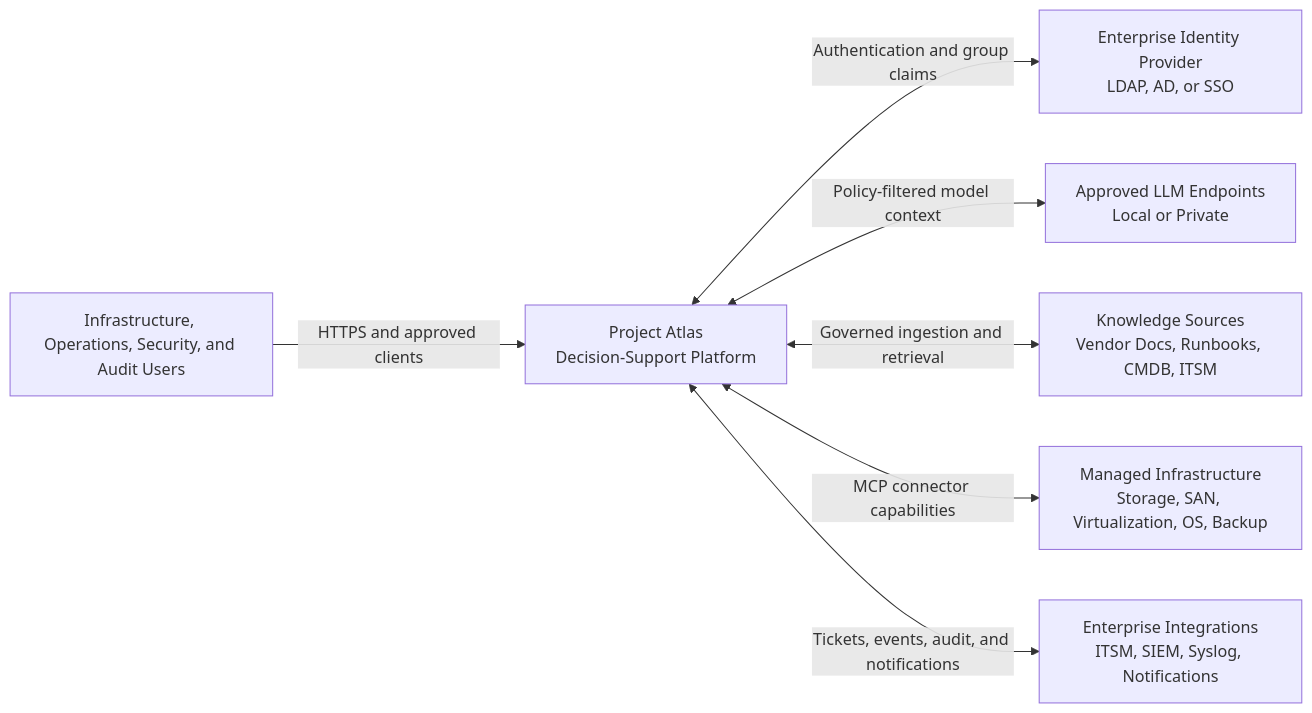
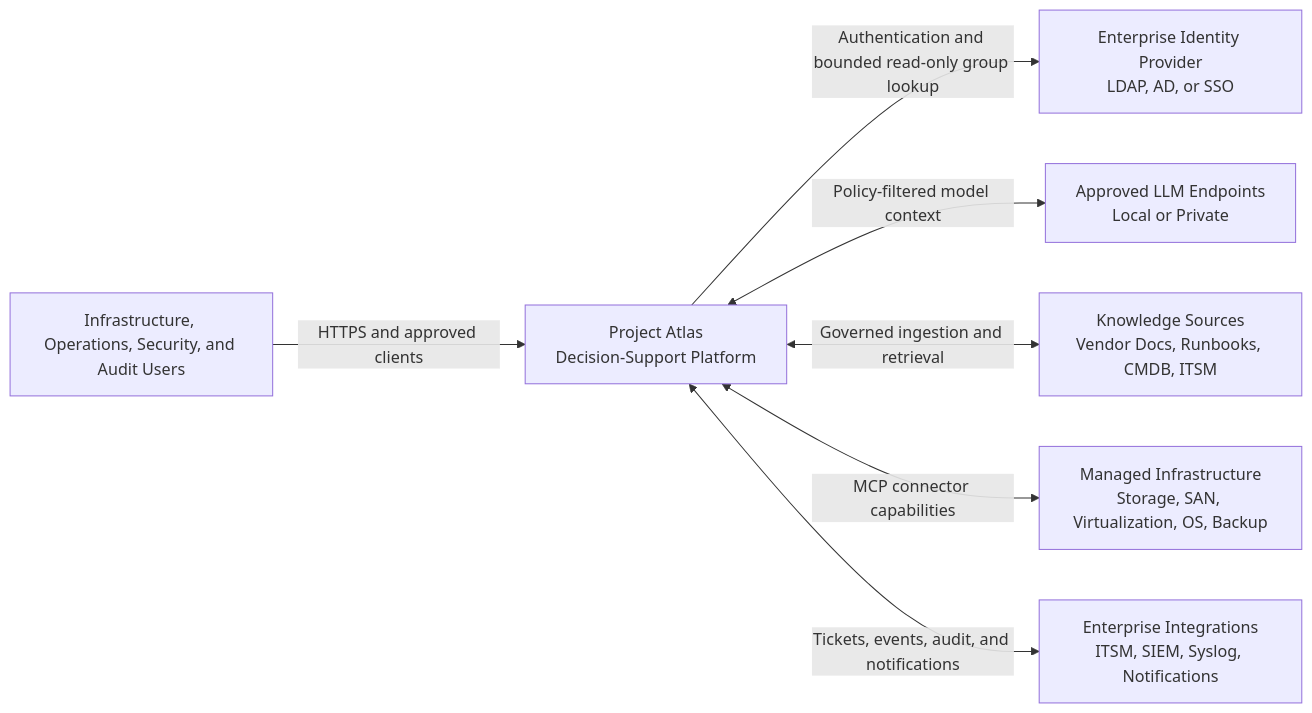
One commit to ozdemirumit/Project_Atlas changed the first of 5 diagrams in docs/010_System_Architecture.md. Above: the diagram before and after it, drawn with Mermaid. The commit also changed other lines of this file and 42 other files, not shown here.

````diff
--- a/docs/010_System_Architecture.md
+++ b/docs/010_System_Architecture.md
@@ -89,17 +89,17 @@
 ```mermaid
 flowchart LR
     Users["Infrastructure, Operations, Security, and Audit Users"]
     IdP["Enterprise Identity Provider<br/>LDAP, AD, or SSO"]
     Atlas["Project Atlas<br/>Decision-Support Platform"]
     Models["Approved LLM Endpoints<br/>Local or Private"]
     Knowledge["Knowledge Sources<br/>Vendor Docs, Runbooks, CMDB, ITSM"]
     Infra["Managed Infrastructure<br/>Storage, SAN, Virtualization, OS, Backup"]
     Enterprise["Enterprise Integrations<br/>ITSM, SIEM, Syslog, Notifications"]
 
     Users -->|"HTTPS and approved clients"| Atlas
-    Atlas <-->|"Authentication and group claims"| IdP
+    Atlas -->|"Authentication and bounded read-only group lookup"| IdP
     Atlas <-->|"Policy-filtered model context"| Models
     Atlas <-->|"Governed ingestion and retrieval"| Knowledge
     Atlas <-->|"MCP connector capabilities"| Infra
     Atlas <-->|"Tickets, events, audit, and notifications"| Enterprise
 ```
````
